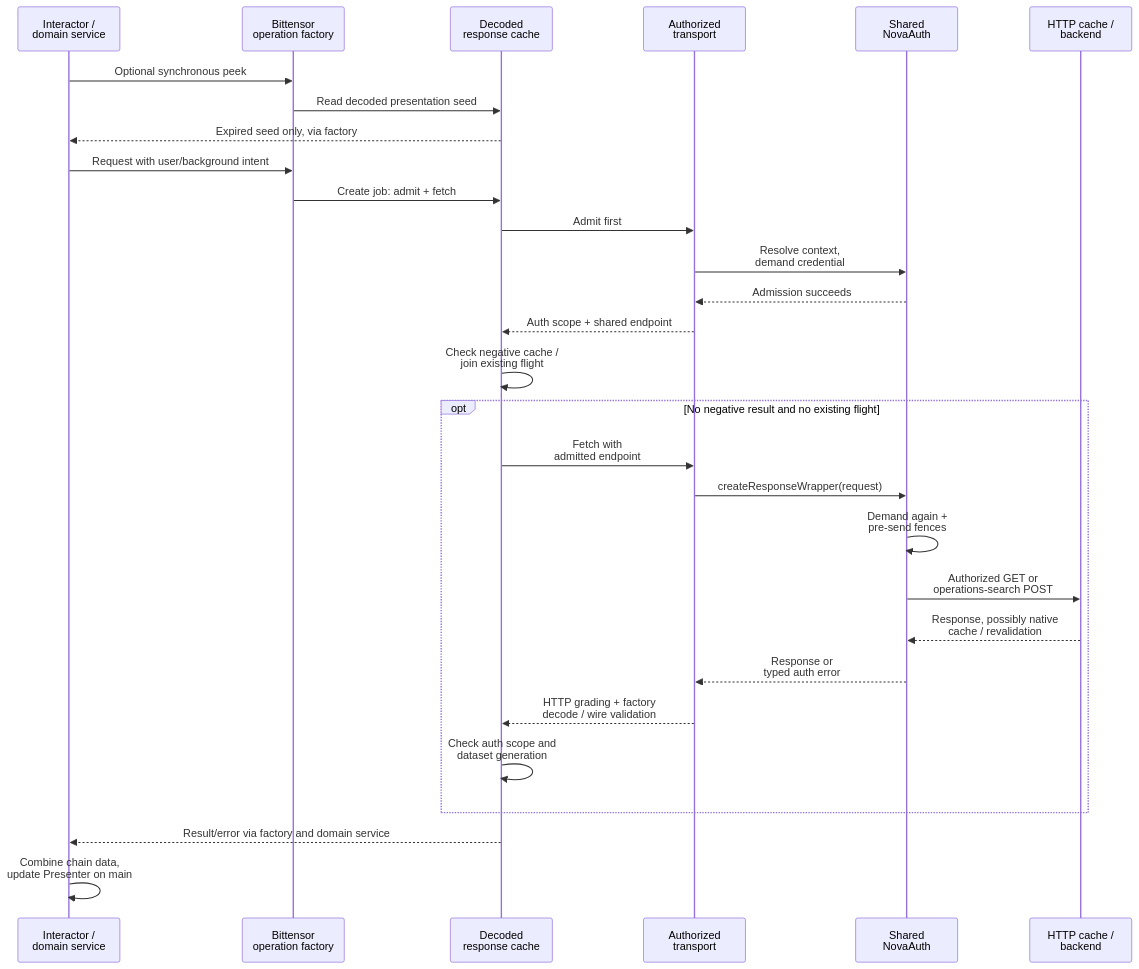
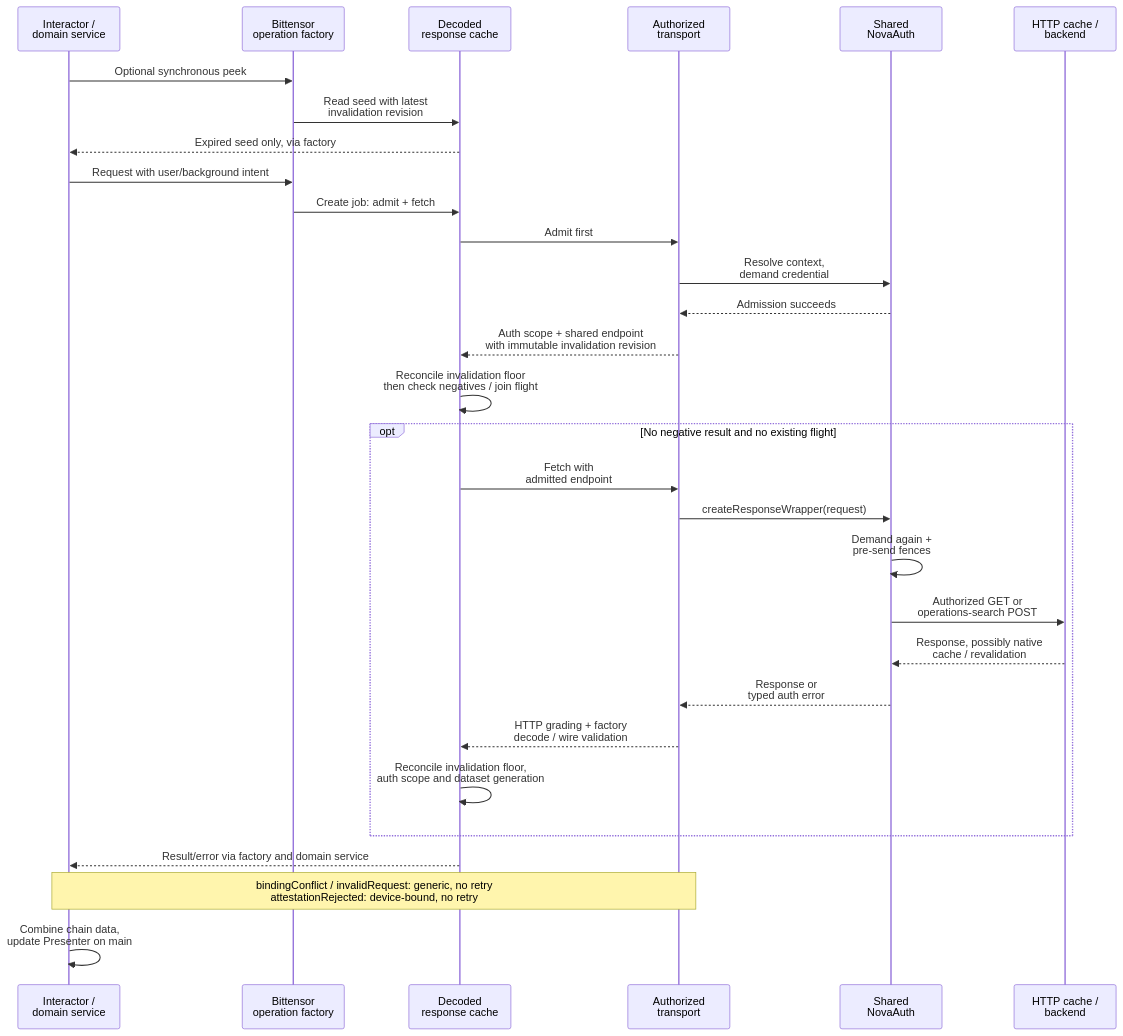
The ninth of 10 diagrams in .claude/docs/architecture/novaauth-client-diagrams.md (novasamatech/nova-wallet-ios), drawn with Mermaid before and after one commit. The commit also changed other lines of this file and 4 other files, not shown here.

````diff
--- a/.claude/docs/architecture/novaauth-client-diagrams.md
+++ b/.claude/docs/architecture/novaauth-client-diagrams.md
@@ -333,31 +335,32 @@
 ```mermaid
 sequenceDiagram
   participant UI as Interactor /<br/>domain service
   participant F as Bittensor<br/>operation factory
   participant C as Decoded<br/>response cache
   participant T as Authorized<br/>transport
   participant N as Shared<br/>NovaAuth
   participant H as HTTP cache /<br/>backend
   UI->>F: Optional synchronous peek
-  F->>C: Read decoded presentation seed
+  F->>C: Read seed with latest<br/>invalidation revision
   C-->>UI: Expired seed only, via factory
   UI->>F: Request with user/background intent
   F->>C: Create job: admit + fetch
   C->>T: Admit first
   T->>N: Resolve context,<br/>demand credential
   N-->>T: Admission succeeds
-  T-->>C: Auth scope + shared endpoint
-  C->>C: Check negative cache /<br/>join existing flight
+  T-->>C: Auth scope + shared endpoint<br/>with immutable invalidation revision
+  C->>C: Reconcile invalidation floor<br/>then check negatives / join flight
   opt No negative result and no existing flight
     C->>T: Fetch with<br/>admitted endpoint
     T->>N: createResponseWrapper(request)
     N->>N: Demand again +<br/>pre-send fences
     N->>H: Authorized GET or<br/>operations-search POST
     H-->>N: Response, possibly native<br/>cache / revalidation
     N-->>T: Response or<br/>typed auth error
     T-->>C: HTTP grading + factory<br/>decode / wire validation
-    C->>C: Check auth scope and<br/>dataset generation
+    C->>C: Reconcile invalidation floor,<br/>auth scope and dataset generation
   end
   C-->>UI: Result/error via factory and domain service
+  Note over T,UI: bindingConflict / invalidRequest: generic, no retry<br/>attestationRejected: device-bound, no retry
   UI->>UI: Combine chain data,<br/>update Presenter on main
 ```
````
